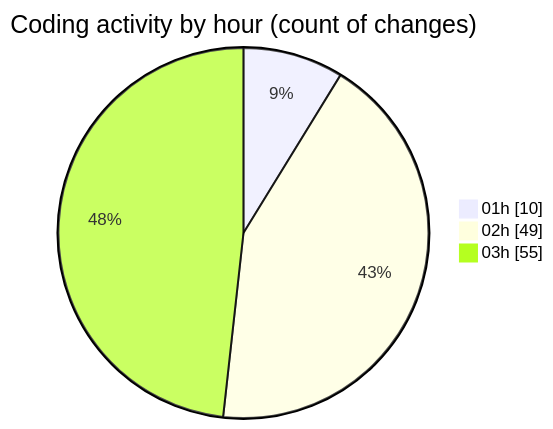
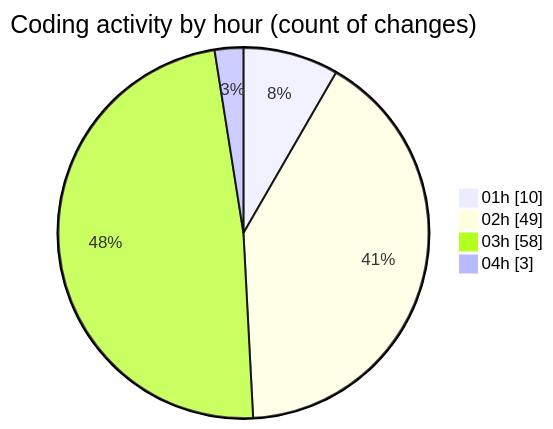
One commit to julien-gomy/code-tracking changed the second of 2 diagrams in 2025-11-21/eventscop-frontend-guide__workspace_/README.md. Above: the diagram before and after it, drawn with Mermaid. The commit also changed other lines of this file and 1 other file, not shown here.

````diff
--- a/2025-11-21/eventscop-frontend-guide__workspace_/README.md
+++ b/2025-11-21/eventscop-frontend-guide__workspace_/README.md
@@ -69,7 +69,8 @@
 ```mermaid
 pie showData
 title Coding activity by hour (count of changes)
 "01h" : 10
 "02h" : 49
-"03h" : 55
+"03h" : 58
+"04h" : 3
 ```
````
